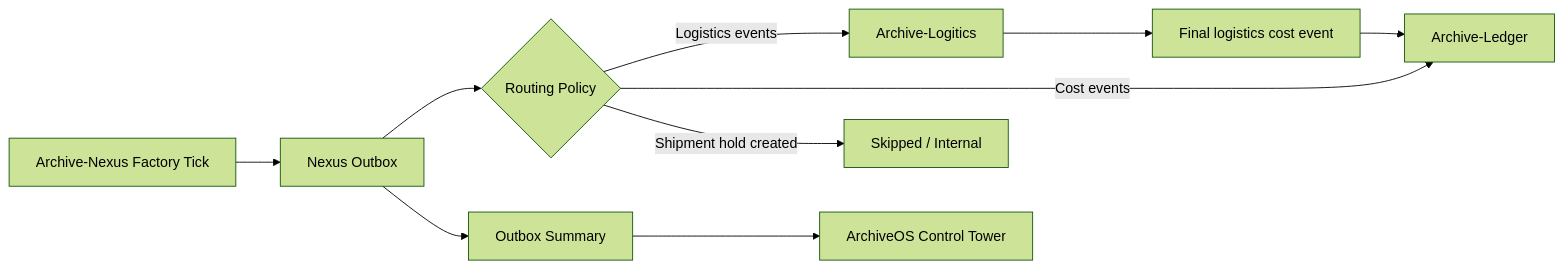
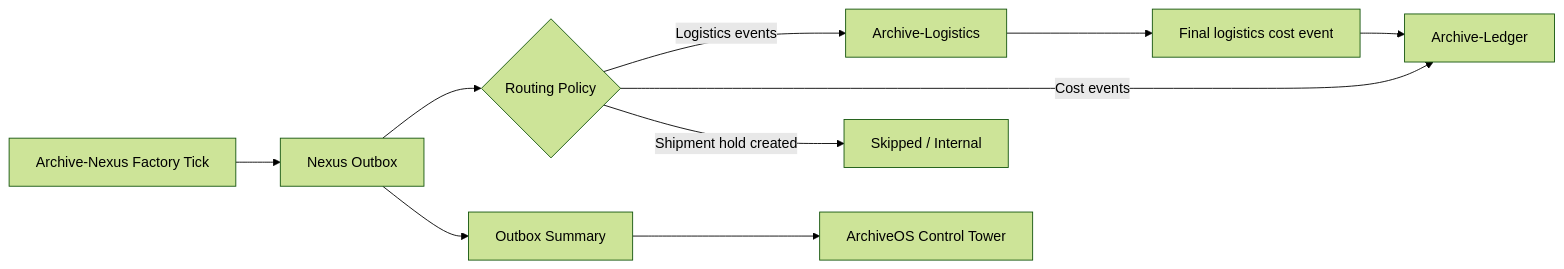
The diagram in docs/demo-nexus-to-logitics-to-ledger.md (CSJ-PJT/Archive-Nexus), drawn with Mermaid (forest theme) before and after one commit. The commit also changed other lines of this file and 11 other files, not shown here.

````diff
--- a/docs/demo-nexus-to-logitics-to-ledger.md
+++ b/docs/demo-nexus-to-logitics-to-ledger.md
@@ -81,12 +81,12 @@
 ```mermaid
 flowchart LR
   A[Archive-Nexus Factory Tick] --> B[Nexus Outbox]
   B --> C{Routing Policy}
-  C -->|Logistics events| D[Archive-Logitics]
+  C -->|Logistics events| D[Archive-Logistics]
   D --> E[Final logistics cost event]
   E --> F[Archive-Ledger]
   C -->|Cost events| F
   C -->|Shipment hold created| G[Skipped / Internal]
   B --> H[Outbox Summary]
   H --> I[ArchiveOS Control Tower]
 ```
````
